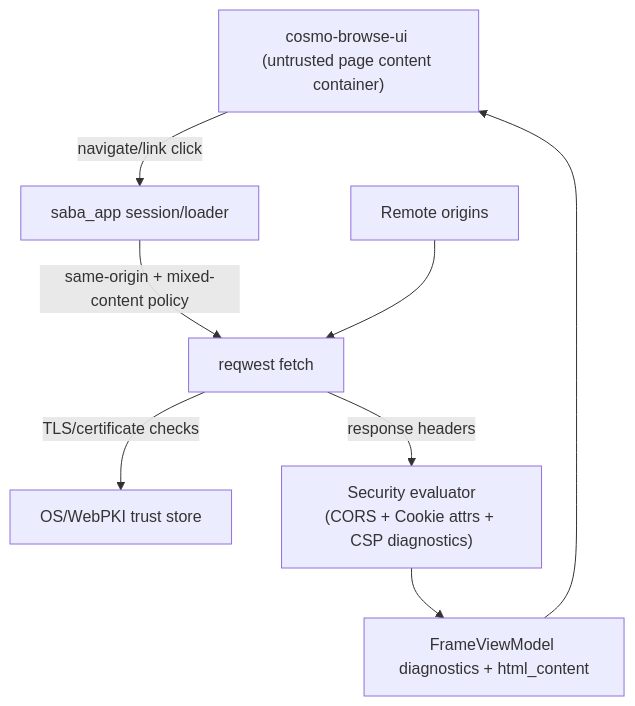
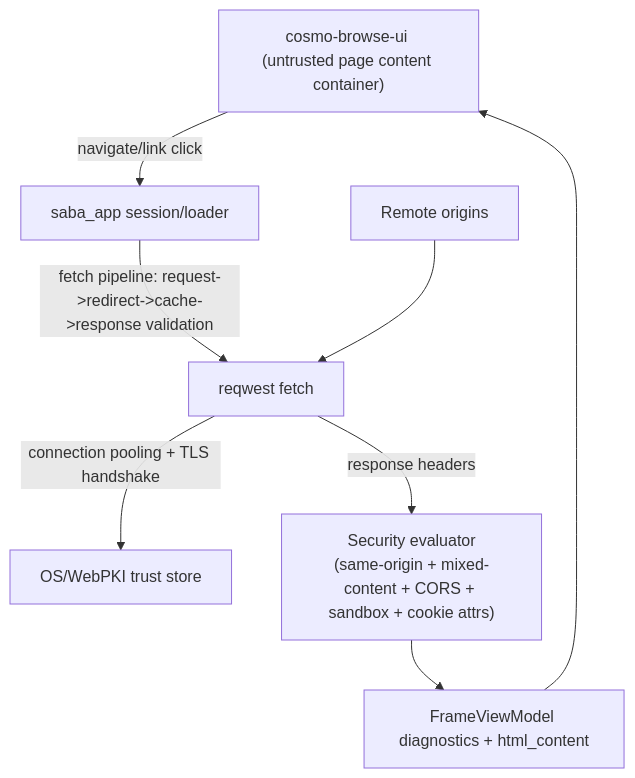
The diagram in docs/architecture/security-boundary.md (pkaiy81/CosmoBrowse), drawn with Mermaid before and after one commit. The commit also changed other lines of this file and 3 other files, not shown here.

Commit message:
Refactor fetch pipeline and strengthen security boundary

````diff
--- a/docs/architecture/security-boundary.md
+++ b/docs/architecture/security-boundary.md
@@ -7,11 +7,11 @@
 ```mermaid
 flowchart TD
   UI["cosmo-browse-ui (untrusted page content container)"] -->|navigate/link click| APP["saba_app session/loader"]
-  APP -->|same-origin + mixed-content policy| NET["reqwest fetch"]
-  NET -->|TLS/certificate checks| TLS["OS/WebPKI trust store"]
-  NET -->|response headers| SEC["Security evaluator\n(CORS + Cookie attrs + CSP diagnostics)"]
+  APP -->|fetch pipeline: request->redirect->cache->response validation| NET["reqwest fetch"]
+  NET -->|connection pooling + TLS handshake| TLS["OS/WebPKI trust store"]
+  NET -->|response headers| SEC["Security evaluator\n(same-origin + mixed-content + CORS + sandbox + cookie attrs)"]
   SEC --> VM["FrameViewModel diagnostics + html_content"]
   VM --> UI
 
   EXT["Remote origins"] --> NET
 ```
````
